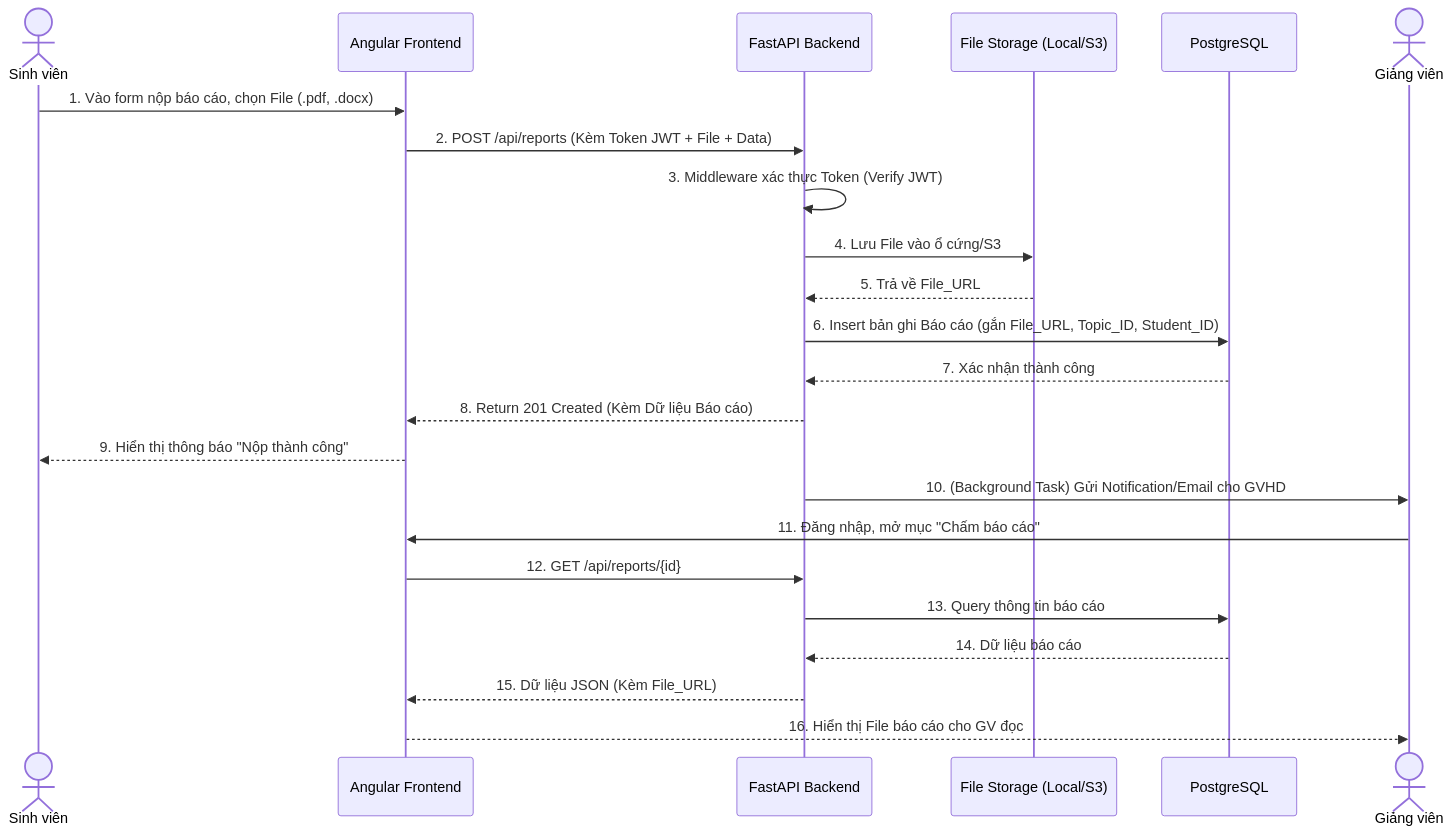
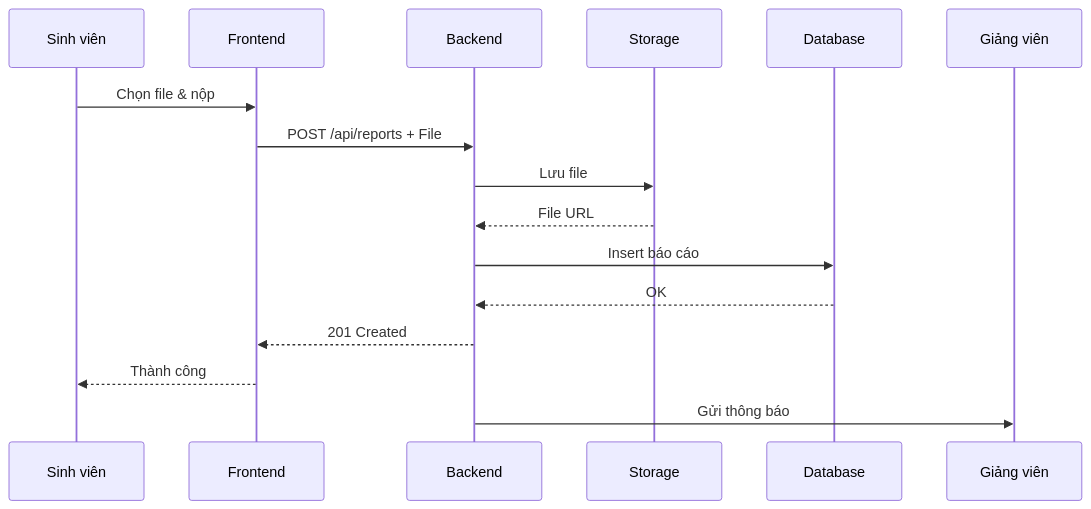
The eighth of 10 diagrams in diagrams_research_thesis_portal.md (QuocVu00/luu-tam), drawn with Mermaid before and after one commit. The commit also changed other lines of this file, not shown here.

Commit message:
Fix Mermaid diagrams to render correctly in GitHub preview and update the markdown document.

````diff
--- a/diagrams_research_thesis_portal.md
+++ b/diagrams_research_thesis_portal.md
@@ -222,28 +223,19 @@
 ```mermaid
 sequenceDiagram
-    actor SV as Sinh viên
-    participant UI as Angular Frontend
-    participant API as FastAPI Backend
-    participant Storage as File Storage (Local/S3)
-    participant DB as PostgreSQL
-    actor GV as Giảng viên
+    participant SV as Sinh viên
+    participant UI as Frontend
+    participant API as Backend
+    participant Store as Storage
+    participant DB as Database
+    participant GV as Giảng viên
 
-    SV->>UI: 1. Vào form nộp báo cáo, chọn File (.pdf, .docx)
-    UI->>API: 2. POST /api/reports (Kèm Token JWT + File + Data)
-    API->>API: 3. Middleware xác thực Token (Verify JWT)
-    API->>Storage: 4. Lưu File vào ổ cứng/S3
-    Storage-->>API: 5. Trả về File_URL
-    API->>DB: 6. Insert bản ghi Báo cáo (gắn File_URL, Topic_ID, Student_ID)
-    DB-->>API: 7. Xác nhận thành công
-    API-->>UI: 8. Return 201 Created (Kèm Dữ liệu Báo cáo)
-    UI-->>SV: 9. Hiển thị thông báo "Nộp thành công"
-
-    API->>GV: 10. (Background Task) Gửi Notification/Email cho GVHD
-
-    GV->>UI: 11. Đăng nhập, mở mục "Chấm báo cáo"
-    UI->>API: 12. GET /api/reports/{id}
-    API->>DB: 13. Query thông tin báo cáo
-    DB-->>API: 14. Dữ liệu báo cáo
-    API-->>UI: 15. Dữ liệu JSON (Kèm File_URL)
-    UI-->>GV: 16. Hiển thị File báo cáo cho GV đọc
+    SV->>UI: Chọn file & nộp
+    UI->>API: POST /api/reports + File
+    API->>Store: Lưu file
+    Store-->>API: File URL
+    API->>DB: Insert báo cáo
+    DB-->>API: OK
+    API-->>UI: 201 Created
+    UI-->>SV: Thành công
+    API->>GV: Gửi thông báo
 ```
````
